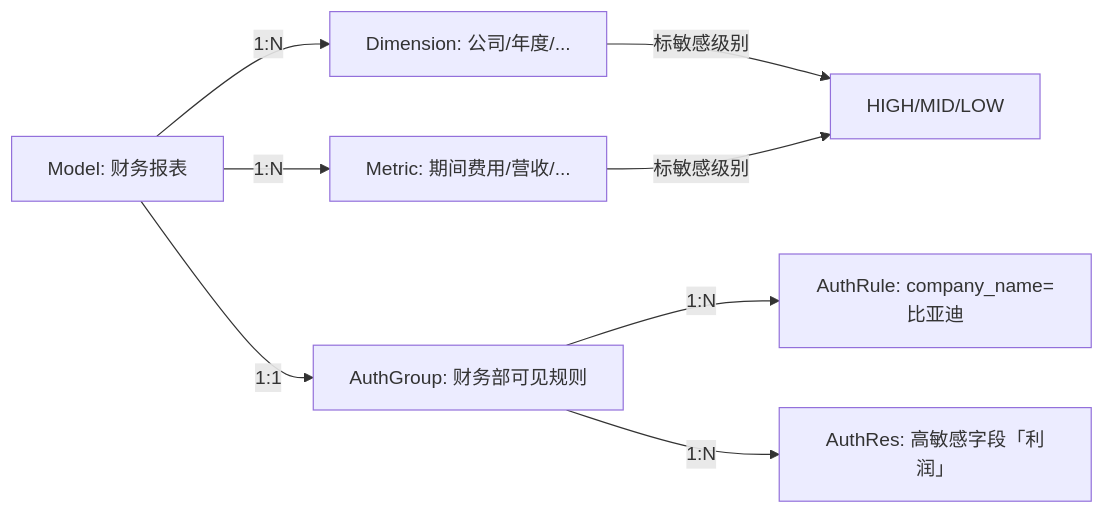
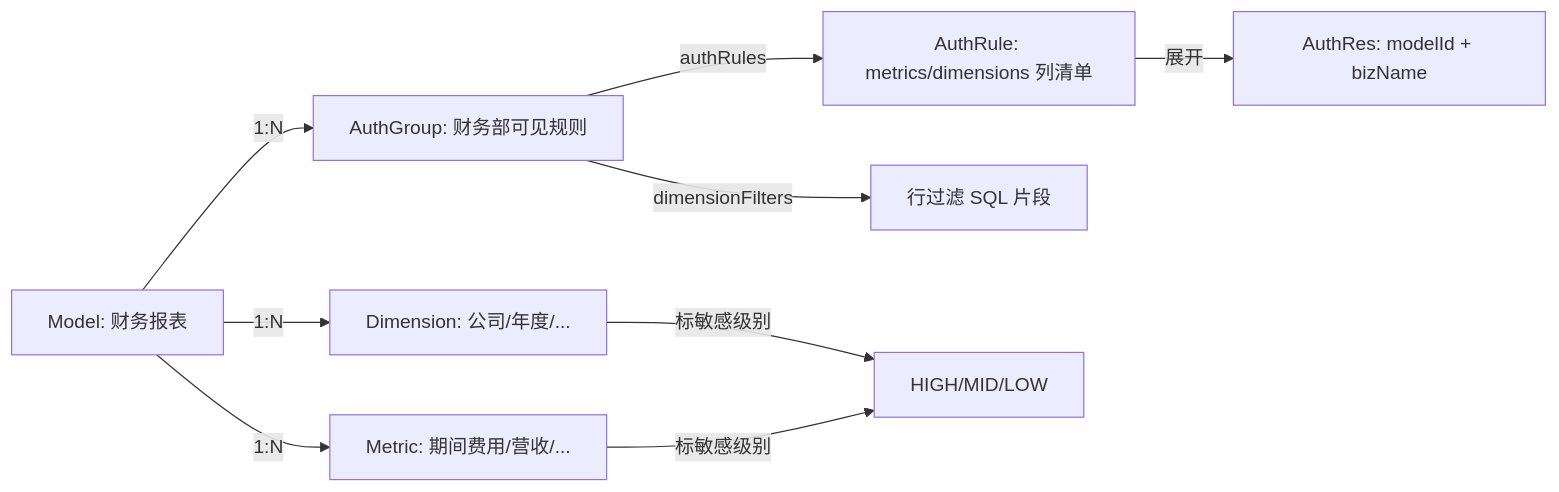
One commit to Code-Eat-Rabbit/supersonic changed the second of 4 diagrams in docs/resume/interview/架构设计/03-数据权限控制.md. Above: the diagram before and after it, drawn with Mermaid. The commit also changed other lines of this file and 5214 other files, not shown here.

````diff
--- a/docs/resume/interview/架构设计/03-数据权限控制.md
+++ b/docs/resume/interview/架构设计/03-数据权限控制.md
@@ -140,10 +170,11 @@
 ```mermaid
 flowchart LR
     Model[Model: 财务报表] -->|1:N| Dimension[Dimension: 公司/年度/...]
     Model -->|1:N| Metric[Metric: 期间费用/营收/...]
-    Model -->|1:1| AuthGroup[AuthGroup: 财务部可见规则]
-    AuthGroup -->|1:N| AuthRule[AuthRule: company_name=比亚迪]
-    AuthGroup -->|1:N| AuthRes[AuthRes: 高敏感字段「利润」]
+    Model -->|1:N| AuthGroup[AuthGroup: 财务部可见规则]
+    AuthGroup -->|authRules| AuthRule[AuthRule: metrics/dimensions 列清单]
+    AuthGroup -->|dimensionFilters| RowFilter[行过滤 SQL 片段]
+    AuthRule -->|展开| AuthRes[AuthRes: modelId + bizName]
     Dimension -->|标敏感级别| SensitiveLevel[HIGH/MID/LOW]
     Metric -->|标敏感级别| SensitiveLevel
 ```
````
